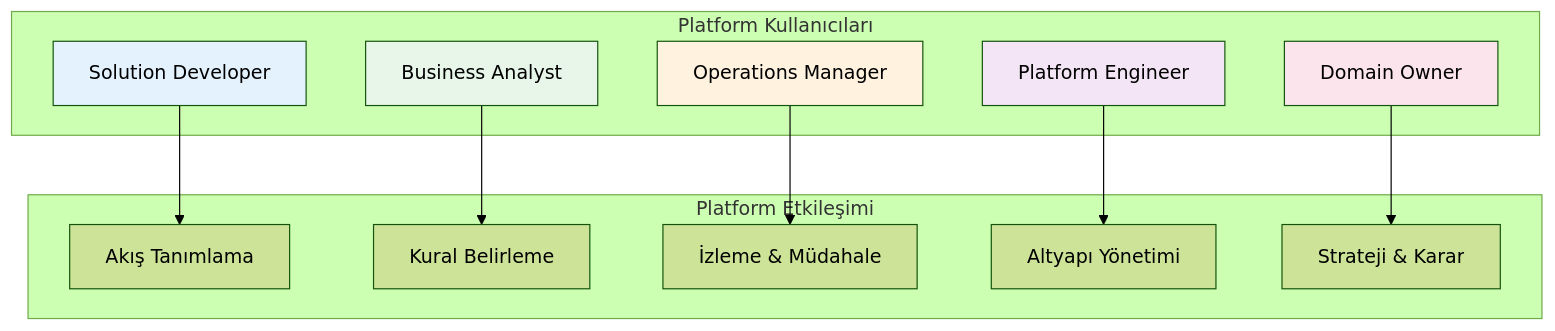
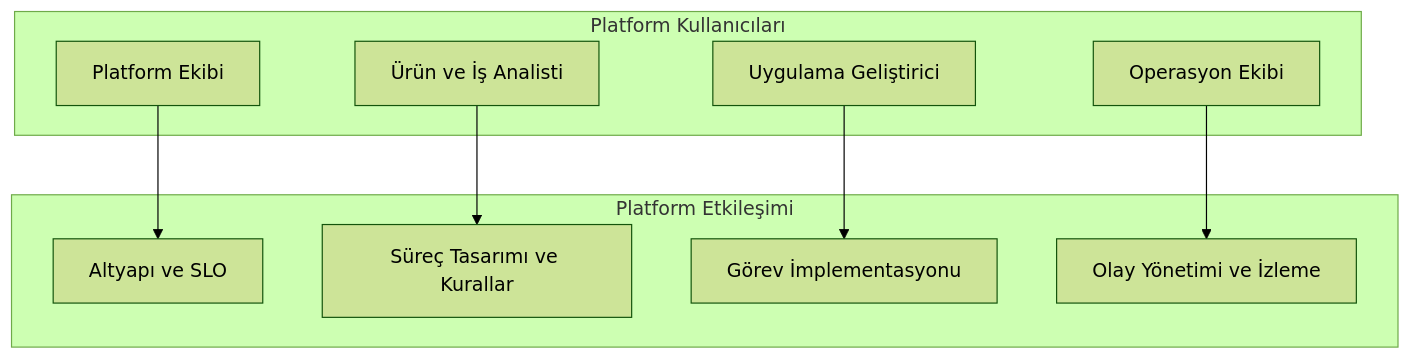
One commit to burgan-tech/vnext-docs changed the first of 5 diagrams in product/personas/index.md. Above: the diagram before and after it, drawn with Mermaid (forest theme). The commit also changed other lines of this file and 14 other files, not shown here.

````diff
--- a/product/personas/index.md
+++ b/product/personas/index.md
@@ -13,30 +13,21 @@
 ```mermaid
 graph TB
-    subgraph "Platform Kullanıcıları"
-        A[Solution Developer]
-        B[Business Analyst]
-        C[Operations Manager]
-        D[Platform Engineer]
-        E[Domain Owner]
+    subgraph users [Platform Kullanıcıları]
+        A[Platform Ekibi]
+        B[Ürün ve İş Analisti]
+        C[Uygulama Geliştirici]
+        D[Operasyon Ekibi]
     end
-    
-    subgraph "Platform Etkileşimi"
-        F[Akış Tanımlama]
-        G[Kural Belirleme]
-        H[İzleme & Müdahale]
-        I[Altyapı Yönetimi]
-        J[Strateji & Karar]
+
+    subgraph activities [Platform Etkileşimi]
+        F[Altyapı ve SLO]
+        G[Süreç Tasarımı ve Kurallar]
+        H[Görev İmplementasyonu]
+        I[Olay Yönetimi ve İzleme]
     end
-    
+
     A --> F
     B --> G
     C --> H
     D --> I
-    E --> J
-    
-    style A fill:#e3f2fd
-    style B fill:#e8f5e9
-    style C fill:#fff3e0
-    style D fill:#f3e5f5
-    style E fill:#fce4ec
 ```
````
